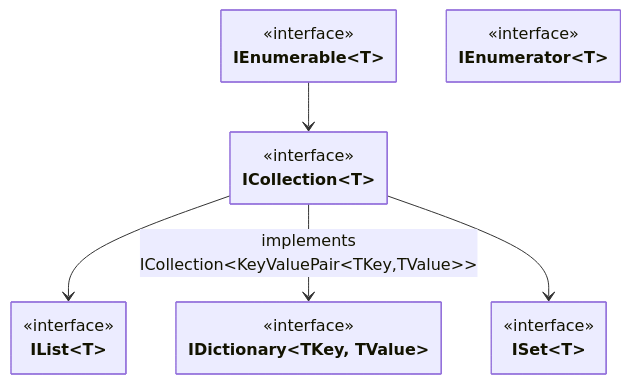
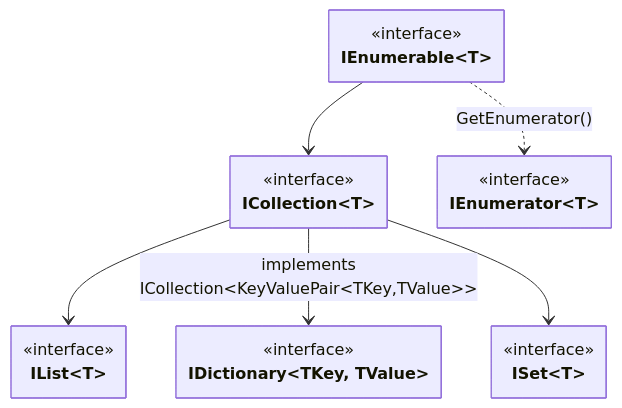
One commit to P3-MINI/csharp-site changed the diagram in content/lectures/06.collections/collections.en.md. Above: the diagram before and after it, drawn with Mermaid. The commit also changed other lines of this file and 5 other files, not shown here.

````diff
--- a/content/lectures/06.collections/collections.en.md
+++ b/content/lectures/06.collections/collections.en.md
@@ -24,30 +24,31 @@
 ```mermaid
 ---
 config:
   class:
     hideEmptyMembersBox: true
 ---
 classDiagram
 IEnumerable~T~ --> ICollection~T~
 ICollection~T~ --> IList~T~
 ICollection~T~ --> IDictionary~TKey, TValue~ : implements<br>ICollection&ltKeyValuePair&ltTKey,TValue&gt&gt
 ICollection~T~ --> ISet~T~
+IEnumerable~T~ ..> IEnumerator~T~ : GetEnumerator()
 class IEnumerable~T~{
     <<interface>>
 }
 class IEnumerator~T~{
     <<interface>>
 }
 class ICollection~T~{
     <<interface>>
 }
 class IList~T~{
     <<interface>>
 }
 class IDictionary~TKey, TValue~{
     <<interface>>
 }
 class ISet~T~{
     <<interface>>
 }
 ```
````
